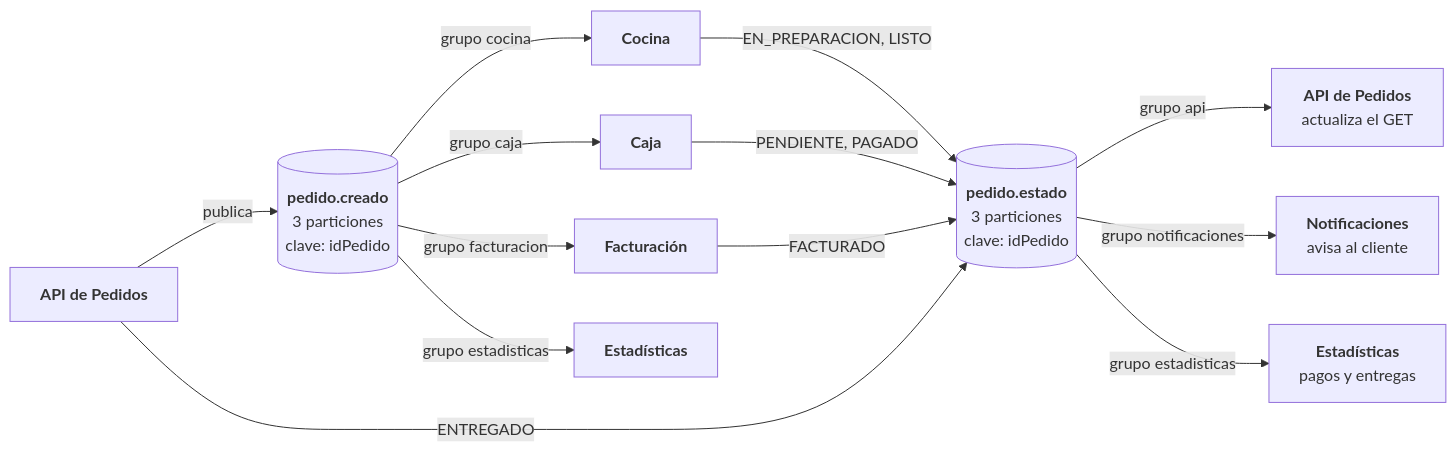
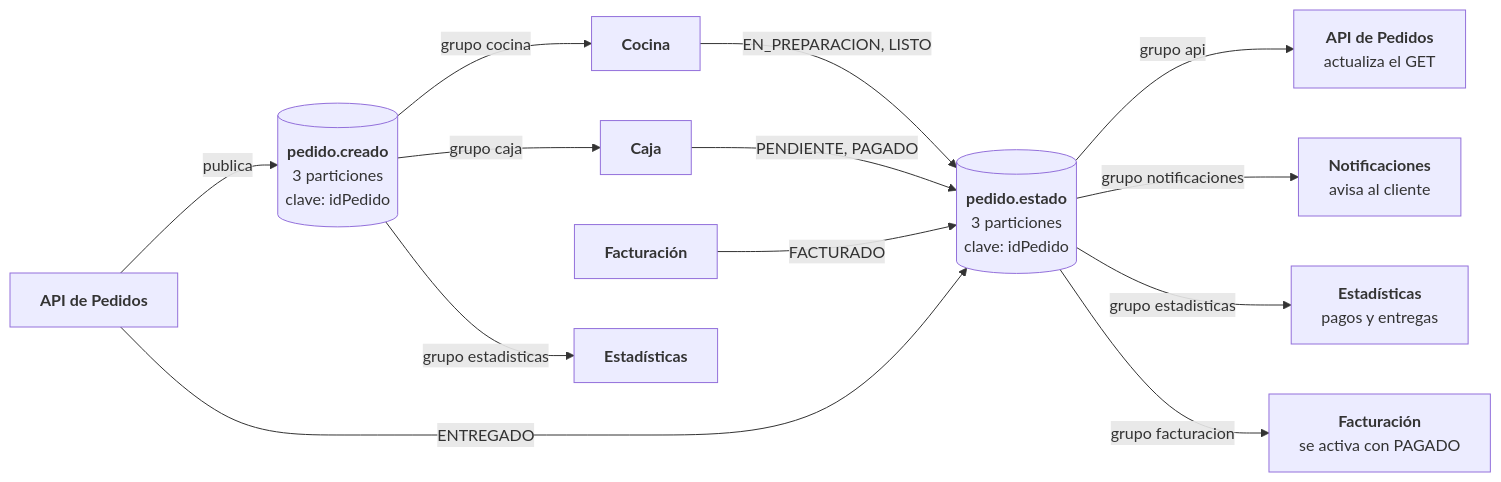
The second of 3 diagrams in docs/arquitectura/mapa-microservicios.md (DavidLarriva/Mecanismo-comunicacion-P02), drawn with Mermaid before and after one commit. The commit also changed other lines of this file and 2 other files, not shown here.

Commit message:
ccontrato v1.3, mapa y README con el flujo de facturación

````diff
--- a/docs/arquitectura/mapa-microservicios.md
+++ b/docs/arquitectura/mapa-microservicios.md
@@ -47,28 +47,29 @@
 ```mermaid
 flowchart LR
     api1["<b>API de Pedidos</b>"]
     creado[("<b>pedido.creado</b><br/>3 particiones<br/>clave: idPedido")]
     cocina["<b>Cocina</b>"]
     caja["<b>Caja</b>"]
     fact["<b>Facturación</b>"]
     est1["<b>Estadísticas</b>"]
     estado[("<b>pedido.estado</b><br/>3 particiones<br/>clave: idPedido")]
     api2["<b>API de Pedidos</b><br/>actualiza el GET"]
     ws["<b>Notificaciones</b><br/>avisa al cliente"]
     est2["<b>Estadísticas</b><br/>pagos y entregas"]
+    fact2["<b>Facturación</b><br/>se activa con PAGADO"]
 
     api1 -- "publica" --> creado
     creado -- "grupo cocina" --> cocina
     creado -- "grupo caja" --> caja
-    creado -- "grupo facturacion" --> fact
     creado -- "grupo estadisticas" --> est1
 
     cocina -- "EN_PREPARACION, LISTO" --> estado
     caja -- "PENDIENTE, PAGADO" --> estado
     fact -- "FACTURADO" --> estado
     api1 -- "ENTREGADO" --> estado
 
     estado -- "grupo api" --> api2
     estado -- "grupo notificaciones" --> ws
     estado -- "grupo estadisticas" --> est2
+    estado -- "grupo facturacion" --> fact2
 ```
````
